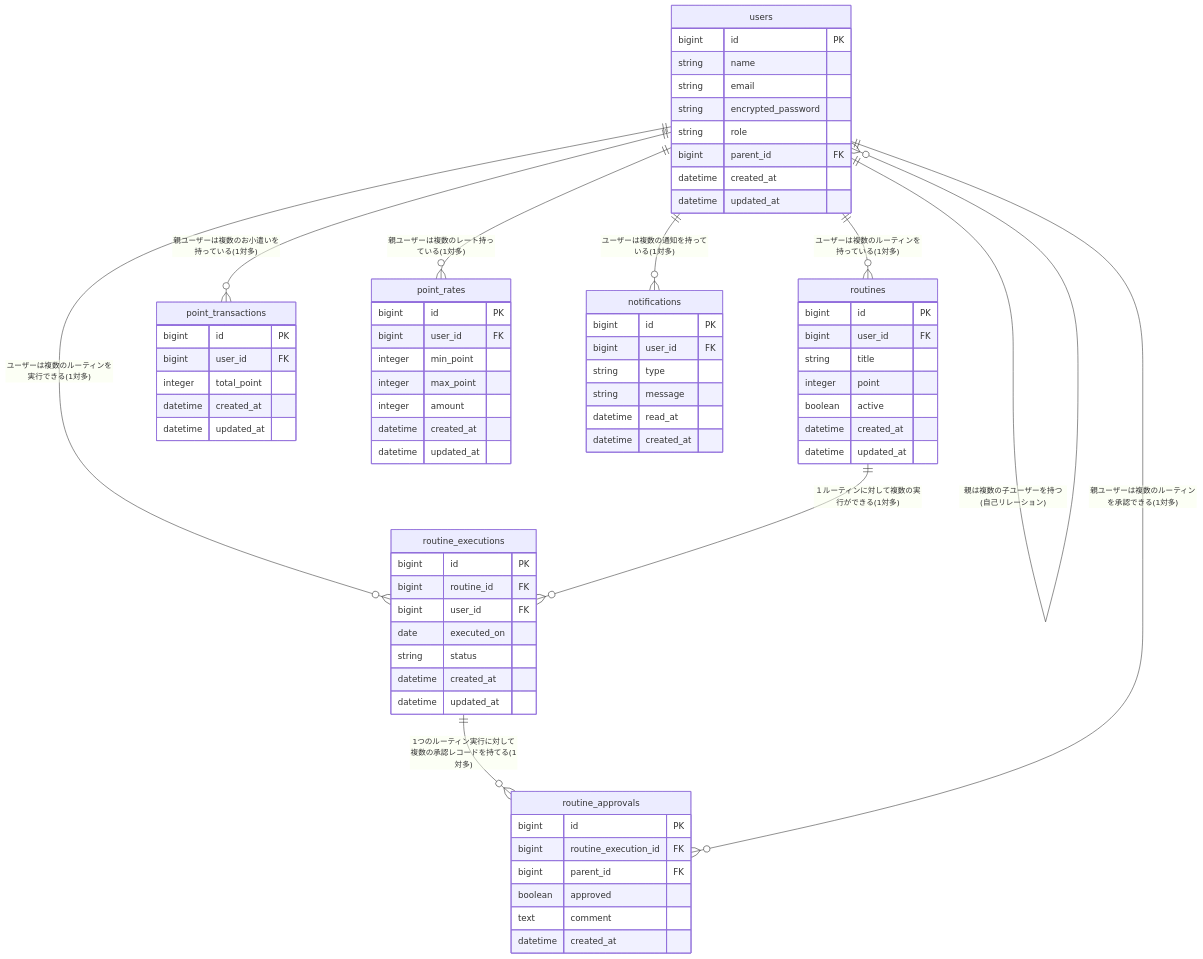
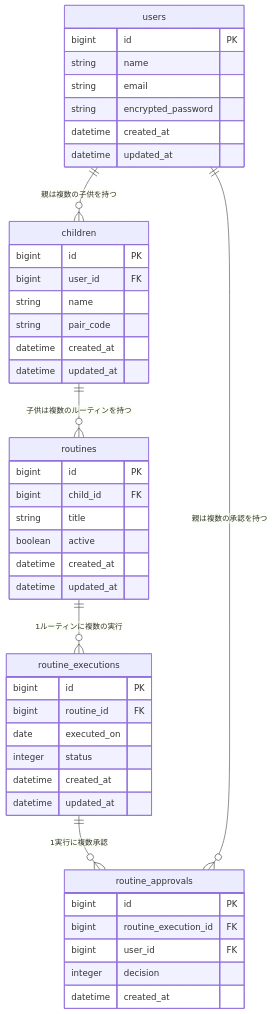
The diagram in README.md (mame0704/pokemani_routine), drawn with Mermaid before and after one commit. The commit also changed 2 other files, not shown here.

Commit message:
ER図修正 Closes #56

````diff
--- a/README.md
+++ b/README.md
@@ -158,79 +158,53 @@
 ```mermaid
 erDiagram
-    users ||--o{ users : "親は複数の子ユーザーを持つ(自己リレーション)"
-    users ||--o{ routines : "ユーザーは複数のルーティンを持っている(1対多)"
-    users ||--o{ routine_executions : "ユーザーは複数のルーティンを実行できる(1対多)"
-    routines ||--o{ routine_executions : "１ルーティンに対して複数の実行ができる(1対多)"
-    routine_executions ||--o{ routine_approvals : "1つのルーティン実行に対して複数の承認レコードを持てる(1対多)"
-    users ||--o{ routine_approvals : "親ユーザーは複数のルーティンを承認できる(1対多)"
-    users ||--o{ point_transactions : "親ユーザーは複数のお小遣いを持っている(1対多)"
-    users ||--o{ point_rates : "親ユーザーは複数のレート持っている(1対多)"
-    users ||--o{ notifications : "ユーザーは複数の通知を持っている(1対多)"
+    users ||--o{ children : "親は複数の子供を持つ"
+    children ||--o{ routines : "子供は複数のルーティンを持つ"
+    routines ||--o{ routine_executions : "1ルーティンに複数の実行"
+    routine_executions ||--o{ routine_approvals : "1実行に複数承認"
+    users ||--o{ routine_approvals : "親は複数の承認を持つ"
+
 
     users {
         bigint id PK
         string name
         string email
         string encrypted_password
-        string role
-        bigint parent_id FK
+        datetime created_at
+        datetime updated_at
+    }
+
+    children {
+        bigint id PK
+        bigint user_id FK
+        string name
+        string pair_code
         datetime created_at
         datetime updated_at
     }
 
     routines {
         bigint id PK
-        bigint user_id FK
+        bigint child_id FK
         string title
-        integer point
-        boolean active
+　　　　boolean active
         datetime created_at
         datetime updated_at
     }
 
     routine_executions {
         bigint id PK
         bigint routine_id FK
-        bigint user_id FK
         date executed_on
-        string status
+        integer status
         datetime created_at
         datetime updated_at
     }
 
     routine_approvals {
         bigint id PK
         bigint routine_execution_id FK
-        bigint parent_id FK
-        boolean approved
-        text comment
-        datetime created_at
-    }
-
-    point_transactions {
-        bigint id PK
         bigint user_id FK
-        integer total_point
-        datetime created_at
-        datetime updated_at
-    }
-
-    point_rates {
-        bigint id PK
-        bigint user_id FK
-        integer min_point
-        integer max_point
-        integer amount
-        datetime created_at
-        datetime updated_at
-    }
-
-    notifications {
-        bigint id PK
-        bigint user_id FK
-        string type
-        string message
-        datetime read_at
+        integer decision
         datetime created_at
     }
 ```
````
